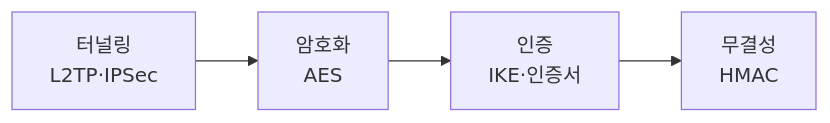
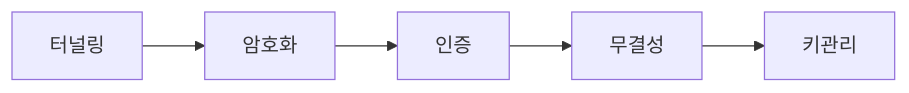
The second of 2 diagrams in content/vpn.md (coninggu/wjdqhrhksflrltnftk), drawn with Mermaid before and after one commit. The commit also changed other lines of this file and 11 other files, not shown here.

````diff
--- a/content/vpn.md
+++ b/content/vpn.md
@@ -21,6 +35,7 @@
 ```mermaid
 flowchart LR
-  T[터널링<br/>L2TP·IPSec] --> E[암호화<br/>AES]
-  E --> A[인증<br/>IKE·인증서]
-  A --> I[무결성<br/>HMAC]
+  T[터널링] --> E[암호화]
+  E --> A[인증]
+  A --> I[무결성]
+  I --> K[키관리]
 ```
````
